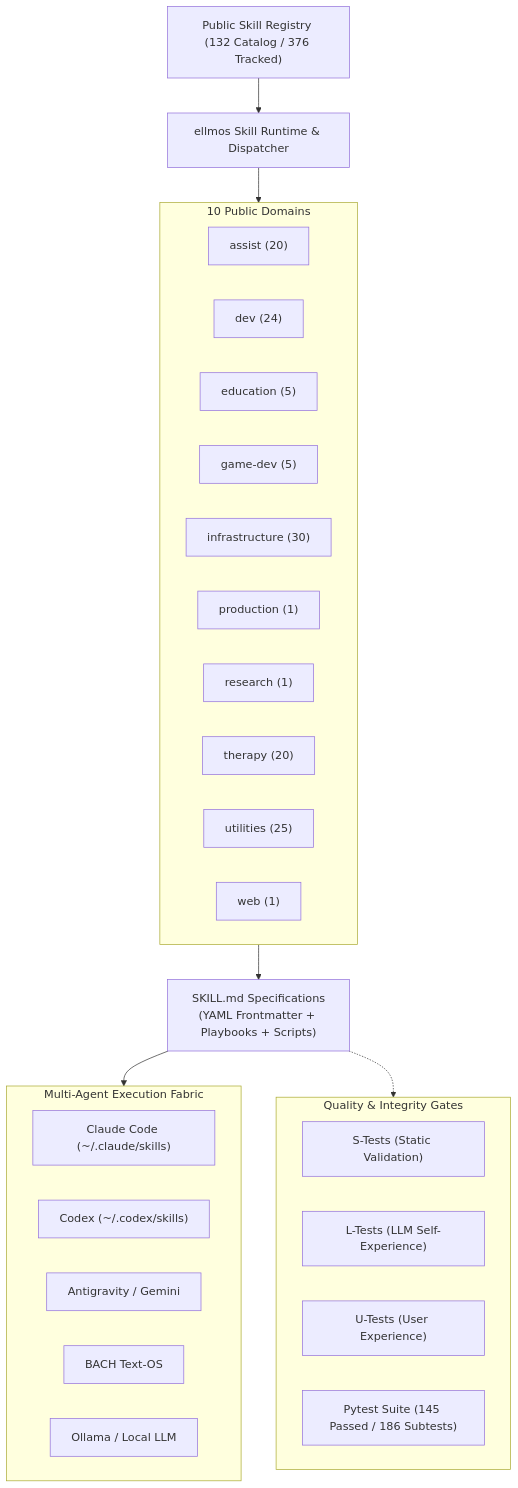
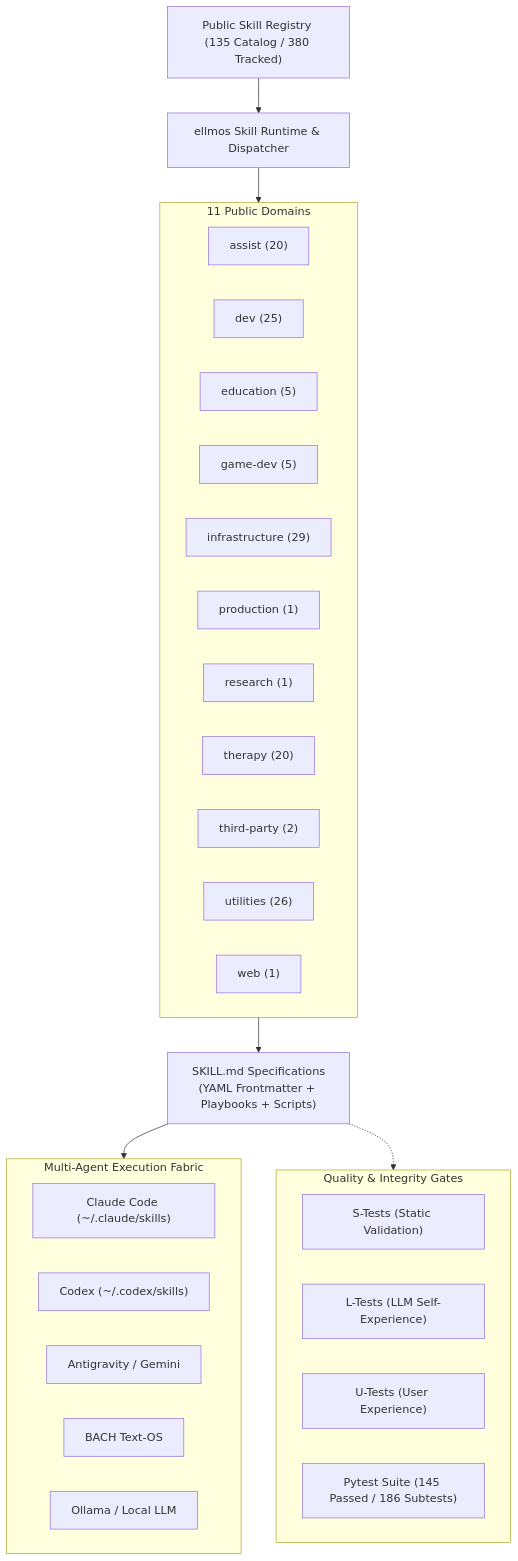
The first of 2 diagrams in README.md (ellmos-ai/skills), drawn with Mermaid before and after one commit. The commit also changed other lines of this file and 25 other files, not shown here.

````diff
--- a/README.md
+++ b/README.md
@@ -45,39 +45,40 @@
 ```mermaid
 flowchart TD
-    Registry["Public Skill Registry (132 Catalog / 376 Tracked)"] --> Engine["ellmos Skill Runtime & Dispatcher"]
+    Registry["Public Skill Registry (135 Catalog / 380 Tracked)"] --> Engine["ellmos Skill Runtime & Dispatcher"]
     
-    subgraph Catalog ["10 Public Domains"]
+    subgraph Catalog ["11 Public Domains"]
         Assist["assist (20)"]
-        Dev["dev (24)"]
+        Dev["dev (25)"]
         Edu["education (5)"]
         Game["game-dev (5)"]
-        Infra["infrastructure (30)"]
+        Infra["infrastructure (29)"]
         Prod["production (1)"]
         Res["research (1)"]
         Therapy["therapy (20)"]
-        Utils["utilities (25)"]
+        ThirdParty["third-party (2)"]
+        Utils["utilities (26)"]
         Web["web (1)"]
     end
     
     Engine --> Catalog
     Catalog --> Artifacts["SKILL.md Specifications\n(YAML Frontmatter + Playbooks + Scripts)"]
     
     subgraph MultiAgentRuntimes ["Multi-Agent Execution Fabric"]
         ClaudeCode["Claude Code (~/.claude/skills)"]
         Codex["Codex (~/.codex/skills)"]
         AGY["Antigravity / Gemini"]
         BACH["BACH Text-OS"]
         LocalOllama["Ollama / Local LLM"]
     end
     
     Artifacts --> MultiAgentRuntimes
     
     subgraph QualityGates ["Quality & Integrity Gates"]
         STests["S-Tests (Static Validation)"]
         LTests["L-Tests (LLM Self-Experience)"]
         UTests["U-Tests (User Experience)"]
         PytestSuite["Pytest Suite (145 Passed / 186 Subtests)"]
     end
     
     Artifacts -.-> QualityGates
 ```
````
